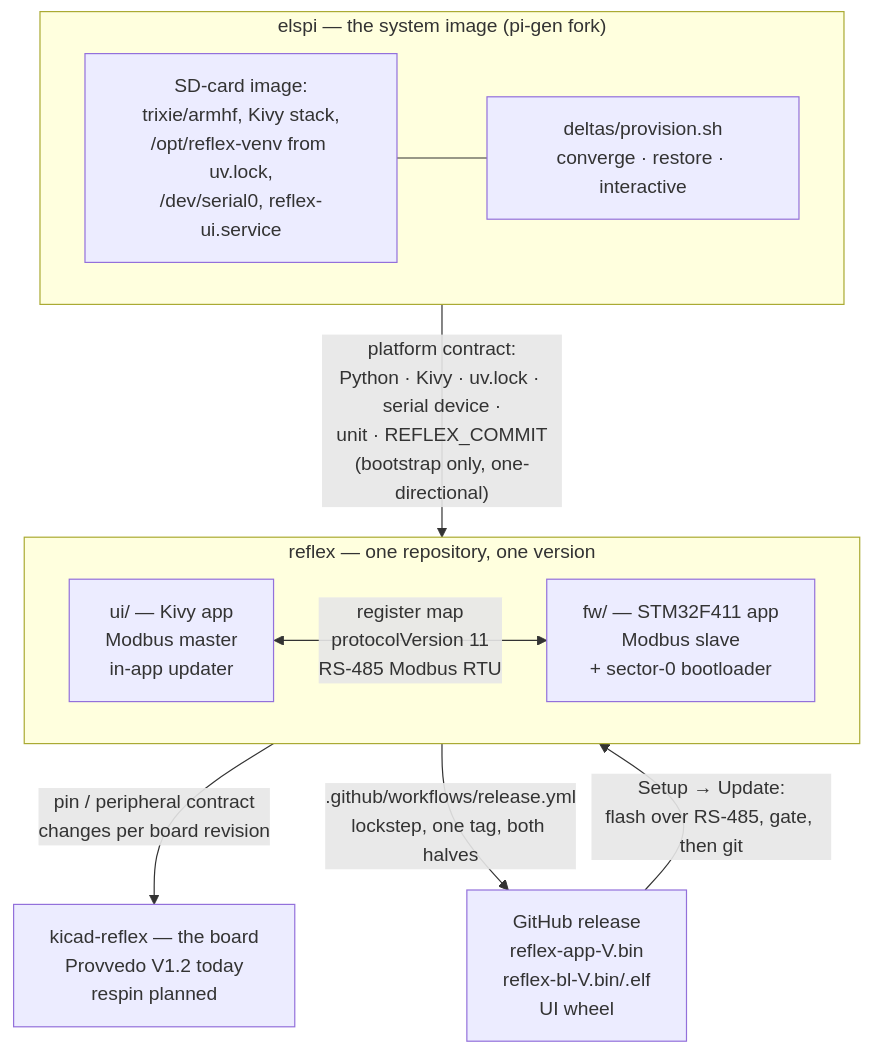
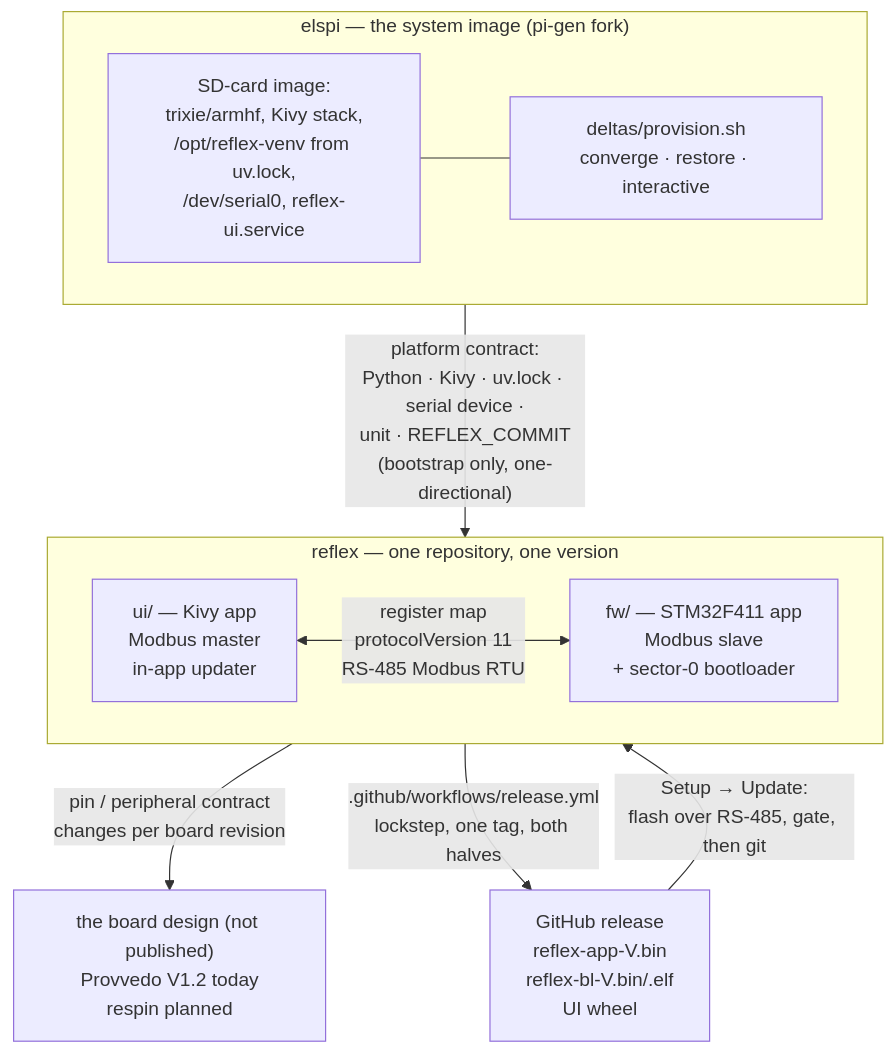
The diagram in docs/design/architecture.md (Funkenjaeger/reflex), drawn with Mermaid before and after one commit. The commit also changed other lines of this file and 31 other files, not shown here.

````diff
--- a/docs/design/architecture.md
+++ b/docs/design/architecture.md
@@ -41,25 +22,25 @@
 ```mermaid
 flowchart TB
     subgraph image["elspi — the system image (pi-gen fork)"]
       direction LR
       IMG["SD-card image:<br/>trixie/armhf, Kivy stack,<br/>/opt/reflex-venv from uv.lock,<br/>/dev/serial0, reflex-ui.service"]
       DELTA["deltas/provision.sh<br/>converge · restore · interactive"]
       IMG --- DELTA
     end
 
     subgraph mono["reflex — one repository, one version"]
       direction LR
       UI["ui/ — Kivy app<br/>Modbus master<br/>in-app updater"]
       FW["fw/ — STM32F411 app<br/>Modbus slave<br/>+ sector-0 bootloader"]
       UI <-->|"register map<br/>protocolVersion 11<br/>RS-485 Modbus RTU"| FW
     end
 
-    HW["kicad-reflex — the board<br/>Provvedo V1.2 today<br/>respin planned"]
+    HW["the board design (not published)<br/>Provvedo V1.2 today<br/>respin planned"]
 
     image -->|"platform contract:<br/>Python · Kivy · uv.lock · serial device ·<br/>unit · REFLEX_COMMIT<br/>(bootstrap only, one-directional)"| mono
     FW -->|"pin / peripheral contract<br/>changes per board revision"| HW
 
     REL["GitHub release<br/>reflex-app-V.bin<br/>reflex-bl-V.bin/.elf<br/>UI wheel"]
     mono -->|".github/workflows/release.yml<br/>lockstep, one tag, both halves"| REL
     REL -->|"Setup → Update:<br/>flash over RS-485, gate, then git"| UI
 ```
````
